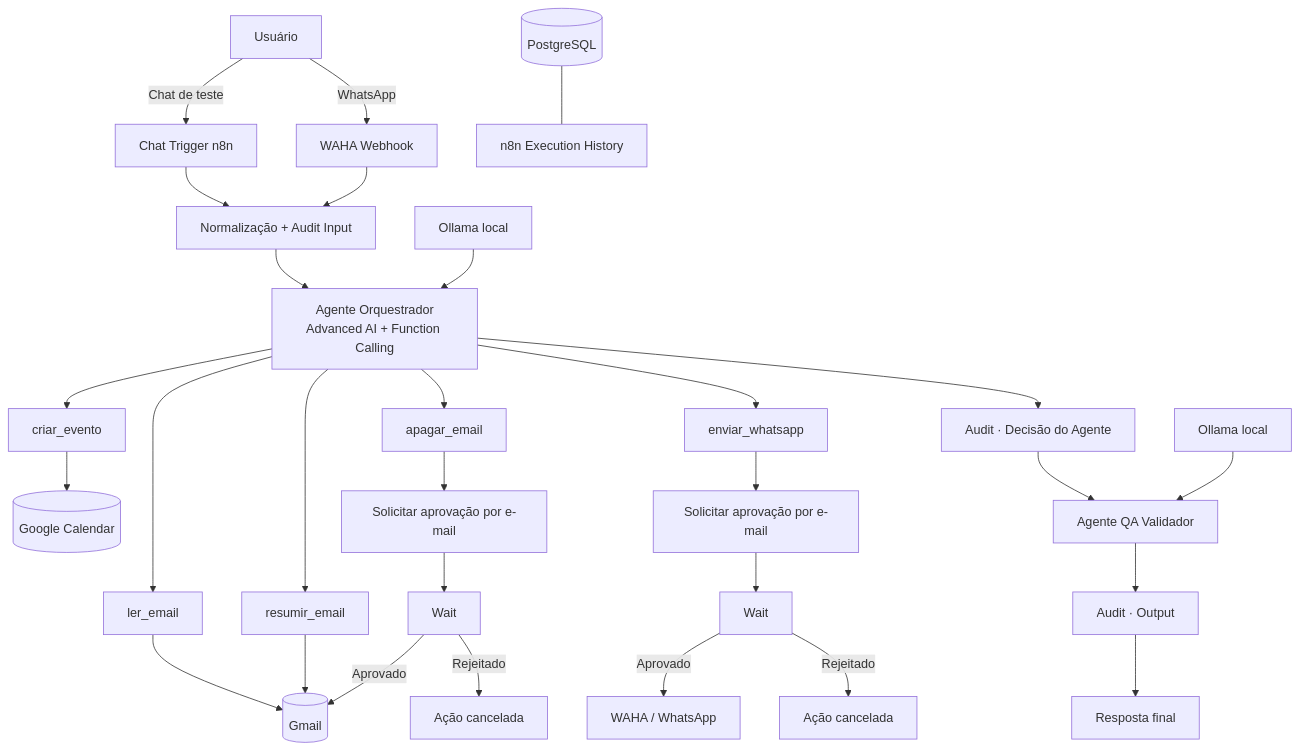
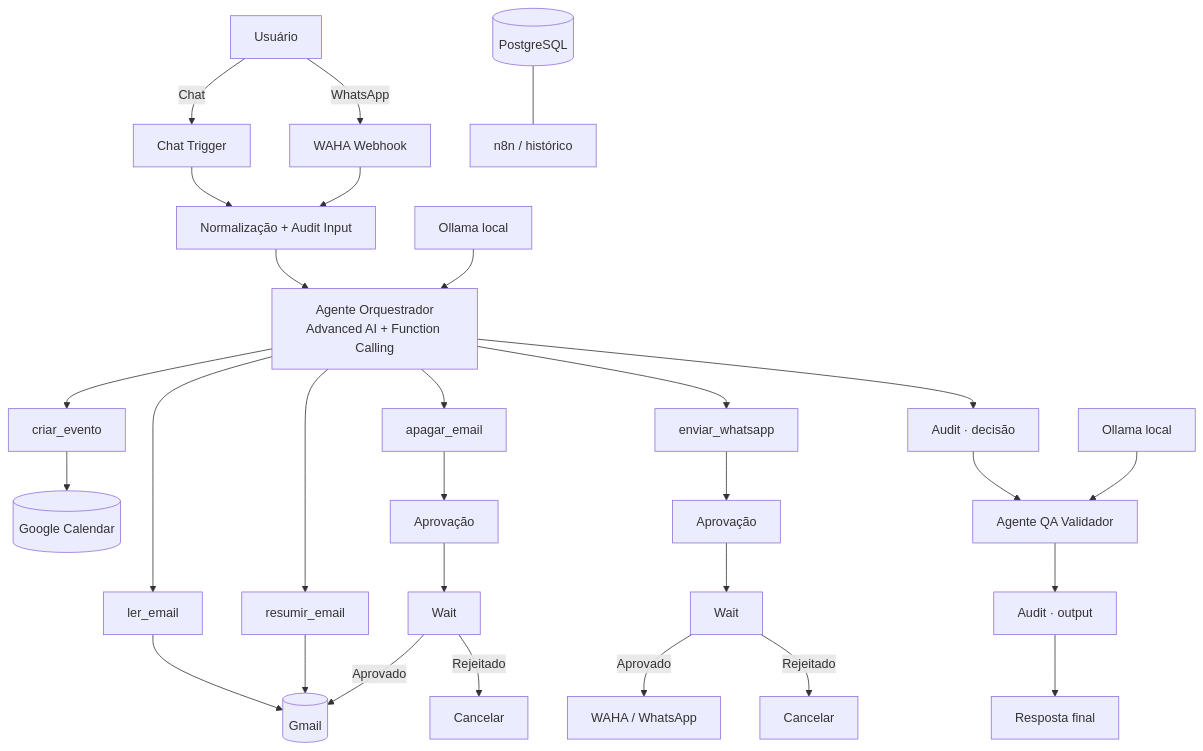
One commit to berger33/leadflow-local-first changed the diagram in README.md. Above: the diagram before and after it, drawn with Mermaid. The commit also changed other lines of this file, not shown here.

````diff
--- a/README.md
+++ b/README.md
@@ -38,38 +157,38 @@
 ```mermaid
 flowchart TD
-    U[Usuário] -->|Chat de teste| CT[Chat Trigger n8n]
+    U[Usuário] -->|Chat| CT[Chat Trigger]
     U -->|WhatsApp| WA[WAHA Webhook]
     CT --> IN[Normalização + Audit Input]
     WA --> IN
 
     IN --> A1[Agente Orquestrador\nAdvanced AI + Function Calling]
     O1[Ollama local] --> A1
 
     A1 --> T1[ler_email]
     A1 --> T2[resumir_email]
     A1 --> T3[apagar_email]
     A1 --> T4[enviar_whatsapp]
     A1 --> T5[criar_evento]
 
     T1 --> Gmail[(Gmail)]
     T2 --> Gmail
     T5 --> Cal[(Google Calendar)]
 
-    T3 --> AP1[Solicitar aprovação por e-mail]
+    T3 --> AP1[Aprovação]
     AP1 --> W1[Wait]
     W1 -->|Aprovado| Gmail
-    W1 -->|Rejeitado| RJ1[Ação cancelada]
+    W1 -->|Rejeitado| RJ1[Cancelar]
 
-    T4 --> AP2[Solicitar aprovação por e-mail]
+    T4 --> AP2[Aprovação]
     AP2 --> W2[Wait]
     W2 -->|Aprovado| WAPI[WAHA / WhatsApp]
-    W2 -->|Rejeitado| RJ2[Ação cancelada]
+    W2 -->|Rejeitado| RJ2[Cancelar]
 
-    A1 --> AUD[Audit · Decisão do Agente]
+    A1 --> AUD[Audit · decisão]
     AUD --> A2[Agente QA Validador]
     O2[Ollama local] --> A2
-    A2 --> OUT[Audit · Output]
+    A2 --> OUT[Audit · output]
     OUT --> RESP[Resposta final]
 
-    PG[(PostgreSQL)] --- N8N[n8n Execution History]
+    PG[(PostgreSQL)] --- N8N[n8n / histórico]
 ```
````
